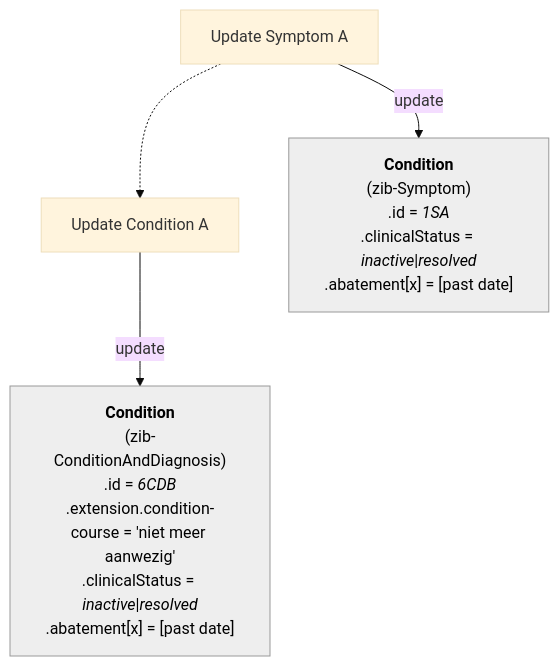
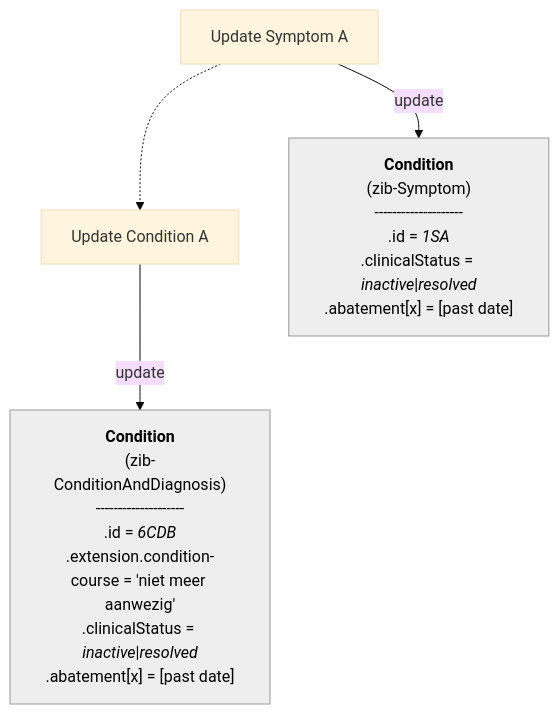
Before and after one commit to Nictiz/Nictiz-R4-zib2024: the tenth of 16 diagrams in documentation/Condition-Diagnosis-Symptom.md, drawn with Mermaid (base theme). The commit also changed other lines of this file, not shown here.

````diff
--- a/documentation/Condition-Diagnosis-Symptom.md
+++ b/documentation/Condition-Diagnosis-Symptom.md
@@ -271,33 +353,34 @@
 ```mermaid
 flowchart TB
 
 UpdateSymptom_A["`Update Symptom A`"]
 UpdateDiagnosis_B["`Update Condition A`"]
 
 UpdateSymptom_A -.-> UpdateDiagnosis_B
 
     S_A["`
         **Condition**
         (zib-Symptom)
+        --------------------
         .id = _1SA_
         .clinicalStatus = _inactive_|_resolved_
         .abatement[x] = [past date]
         `"]    
 
     CD_B["`
         **Condition**
         (zib-ConditionAndDiagnosis)
+        --------------------
         .id = _6CDB_
         .extension.condition-course = 'niet meer aanwezig'
         .clinicalStatus = _inactive_|_resolved_
         .abatement[x] = [past date]
         `"] 
    
     S_A:::Ash
     CD_B:::Ash
     classDef Ash stroke-width:1px, stroke-dasharray:none, stroke:#999999, fill:#EEEEEE, color:#000000
 
 UpdateSymptom_A -- update --> S_A
 UpdateDiagnosis_B -- update --> CD_B
-
 ```
````
